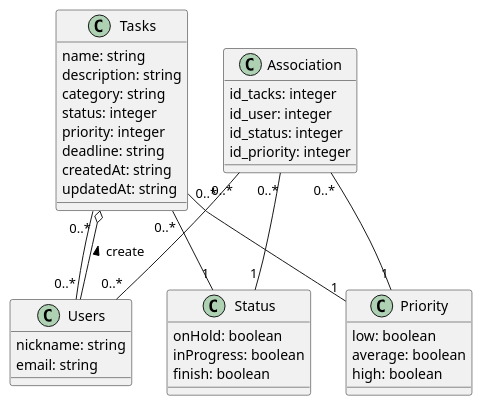
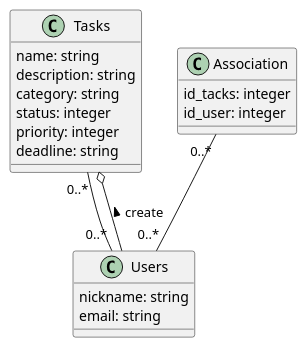
One commit to LaigleJ/ToDoList_alt changed the diagram in plantUml/diagramme_de_class.puml. Above: the diagram before and after it, drawn with PlantUML.

Commit message:
add modification diagramme de classe

```diff
--- a/plantUml/diagramme_de_class.puml
+++ b/plantUml/diagramme_de_class.puml
@@ -1,47 +1,26 @@
 @startuml
 
 class Tasks {
     name: string
     description: string
     category: string
     status: integer
     priority: integer
     deadline: string
-    createdAt: string
-    updatedAt: string
 }
 
 class Users {
     nickname: string
     email: string
 }
 
-class Status {
-    onHold: boolean
-    inProgress: boolean
-    finish: boolean
-}
-
-class Priority {
-    low: boolean
-    average: boolean
-    high: boolean
-}
-
 class Association {
     id_tacks: integer
     id_user: integer
-    id_status: integer
-    id_priority: integer
 }
 
 Users --o Tasks : create >
 Tasks "0..*"--"0..*" Users
-Tasks "0..*"--"1" Status
-Tasks "0..*"--"1" Priority
 Association "0..*"--"0..*" Users
-Association "0..*"--"1" Status
-Association "0..*"--"1" Priority
-
 
 @enduml
```
